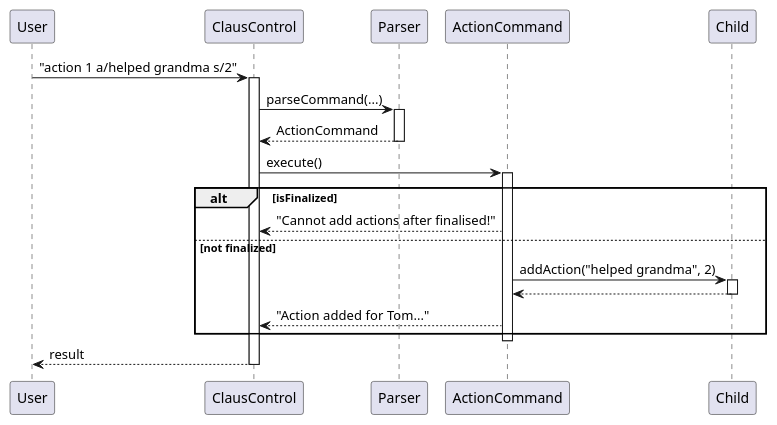
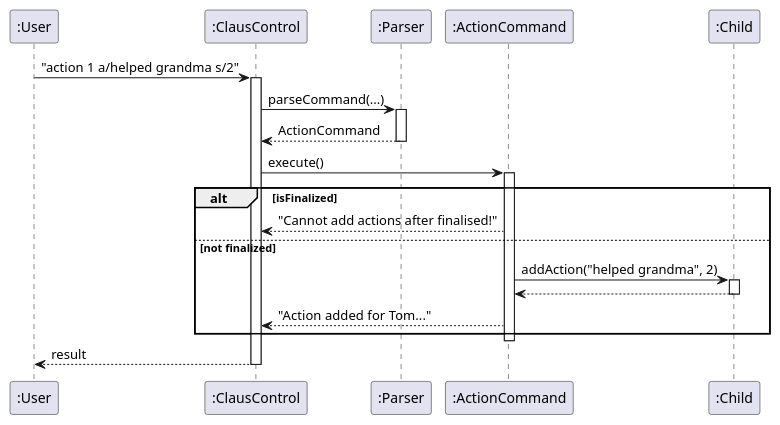
The diagram in docs/diagrams/ActionSequenceDiagram.puml (shrabasti-c/tp), drawn with PlantUML before and after one commit. The commit also changed 9 other files, not shown here.

Commit message:
Fix DG diagrams

```diff
--- a/docs/diagrams/ActionSequenceDiagram.puml
+++ b/docs/diagrams/ActionSequenceDiagram.puml
@@ -1,34 +1,34 @@
 @startuml
 
-participant User
-participant ClausControl
-participant Parser
-participant ActionCommand
-participant Child
+participant ":User" as User
+participant ":ClausControl" as ClausControl
+participant ":Parser" as Parser
+participant ":ActionCommand" as ActionCommand
+participant ":Child" as Child
 
 User -> ClausControl: "action 1 a/helped grandma s/2"
 activate ClausControl
 
 ClausControl -> Parser: parseCommand(...)
 activate Parser
 Parser --> ClausControl: ActionCommand
 deactivate Parser
 
 ClausControl -> ActionCommand: execute()
 activate ActionCommand
 
 alt isFinalized
     ActionCommand --> ClausControl: "Cannot add actions after finalised!"
 else not finalized
     ActionCommand -> Child: addAction("helped grandma", 2)
     activate Child
     Child --> ActionCommand
     deactivate Child
     ActionCommand --> ClausControl: "Action added for Tom..."
 end
 
 deactivate ActionCommand
 ClausControl --> User: result
 deactivate ClausControl
 
 @enduml
```
